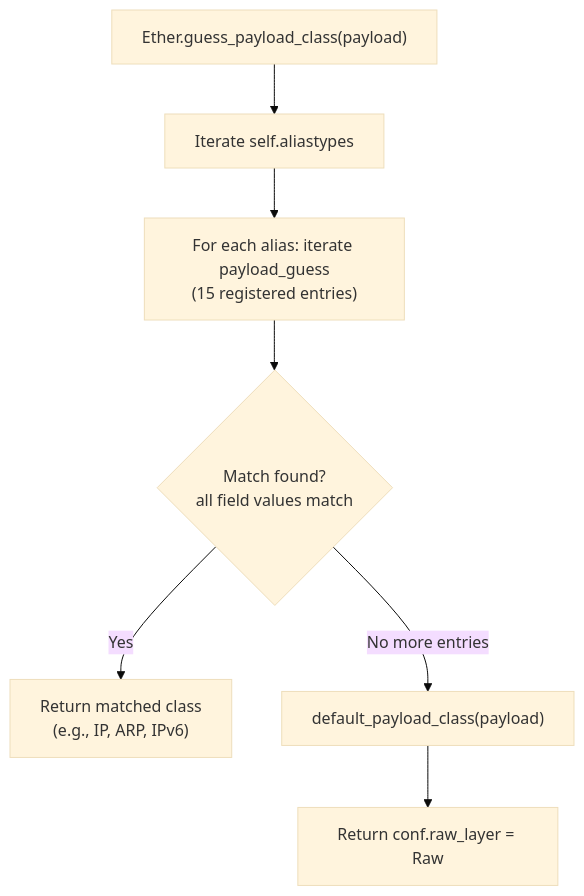
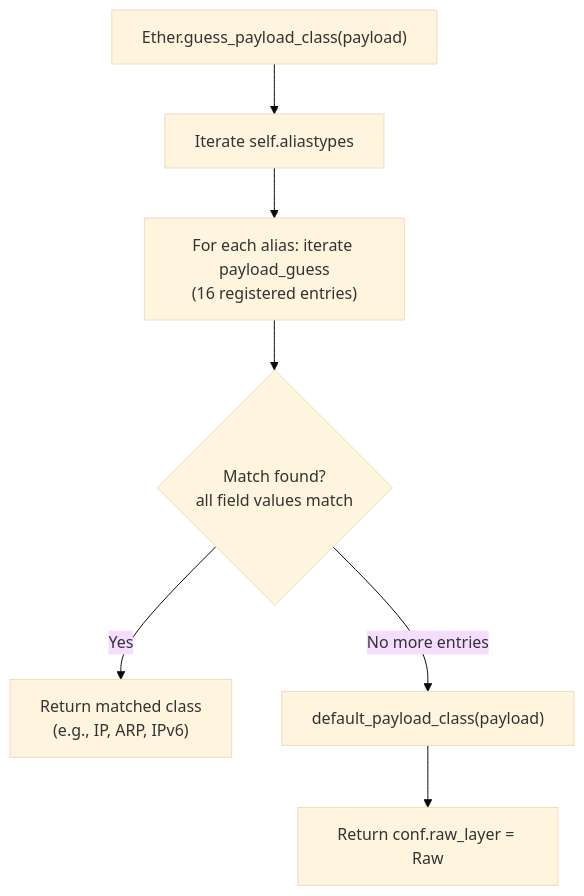
One commit to blitzy-research/scapy changed the first of 2 diagrams in blitzy/documentation/scapy_0925ada48540.md. Above: the diagram before and after it, drawn with Mermaid (base theme). The commit also changed other lines of this file, not shown here.

First line of the commit message:
fix(docs): correct Ether.payload_guess count from 15 to 16, add EtherCat binding

````diff
--- a/blitzy/documentation/scapy_0925ada48540.md
+++ b/blitzy/documentation/scapy_0925ada48540.md
@@ -443,9 +444,9 @@
 ```mermaid
 flowchart TD
     A["Ether.guess_payload_class(payload)"] --> B["Iterate self.aliastypes"]
-    B --> C["For each alias: iterate payload_guess<br/>(15 registered entries)"]
+    B --> C["For each alias: iterate payload_guess<br/>(16 registered entries)"]
     C --> D{"Match found?<br/>all field values match"}
     D -->|"Yes"| E["Return matched class<br/>(e.g., IP, ARP, IPv6)"]
     D -->|"No more entries"| F["default_payload_class(payload)"]
     F --> G["Return conf.raw_layer = Raw"]
 ```
````
